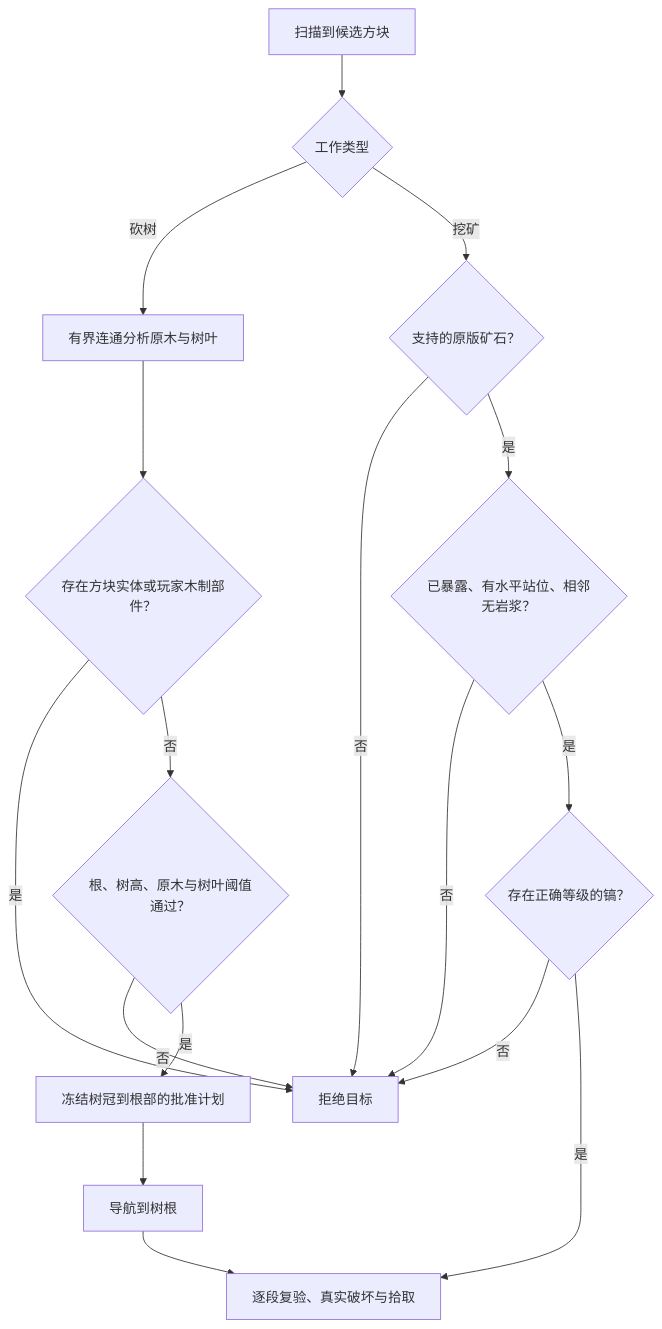
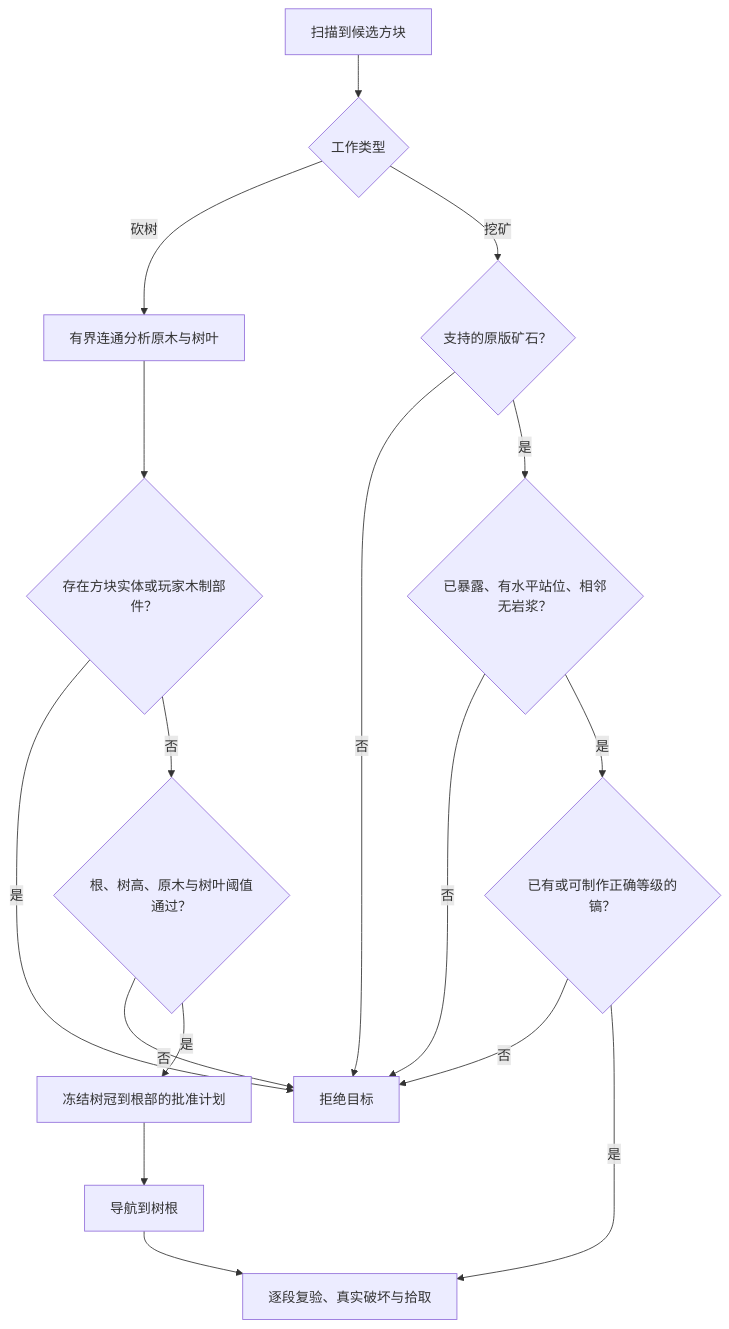
The sixth of 12 diagrams in docs/ARCHITECTURE.md (ozozorz/ai-partner), drawn with Mermaid before and after one commit. The commit also changed other lines of this file and 25 other files, not shown here.

````diff
--- a/docs/ARCHITECTURE.md
+++ b/docs/ARCHITECTURE.md
@@ -278,19 +286,19 @@
 ```mermaid
 flowchart TD
     Candidate["扫描到候选方块"] --> Kind{"工作类型"}
     Kind -- 砍树 --> Tree["有界连通分析原木与树叶"]
     Tree --> Structure{"存在方块实体或玩家木制部件？"}
     Structure -- 是 --> Reject["拒绝目标"]
     Structure -- 否 --> Threshold{"根、树高、原木与树叶阈值通过？"}
     Threshold -- 否 --> Reject
     Threshold -- 是 --> Plan["冻结树冠到根部的批准计划"]
     Plan --> Root["导航到树根"]
     Root --> Break["逐段复验、真实破坏与拾取"]
     Kind -- 挖矿 --> Ore{"支持的原版矿石？"}
     Ore -- 否 --> Reject
     Ore -- 是 --> Safe{"已暴露、有水平站位、相邻无岩浆？"}
     Safe -- 否 --> Reject
-    Safe -- 是 --> Tool{"存在正确等级的镐？"}
+    Safe -- 是 --> Tool{"已有或可制作正确等级的镐？"}
     Tool -- 否 --> Reject
     Tool -- 是 --> Break
 ```
````
